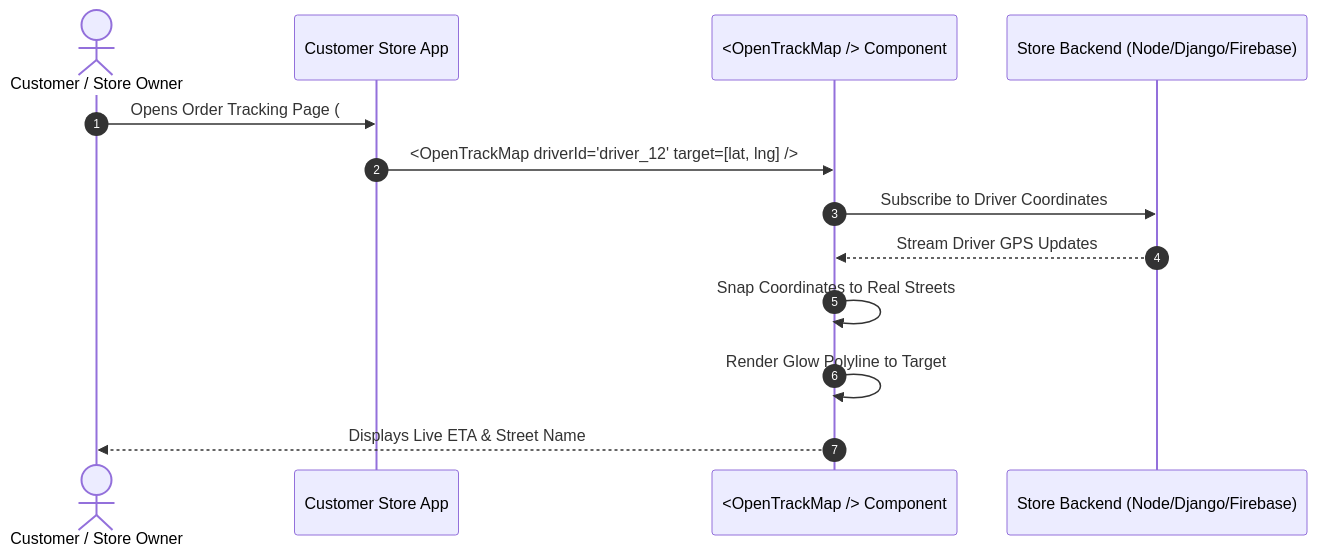
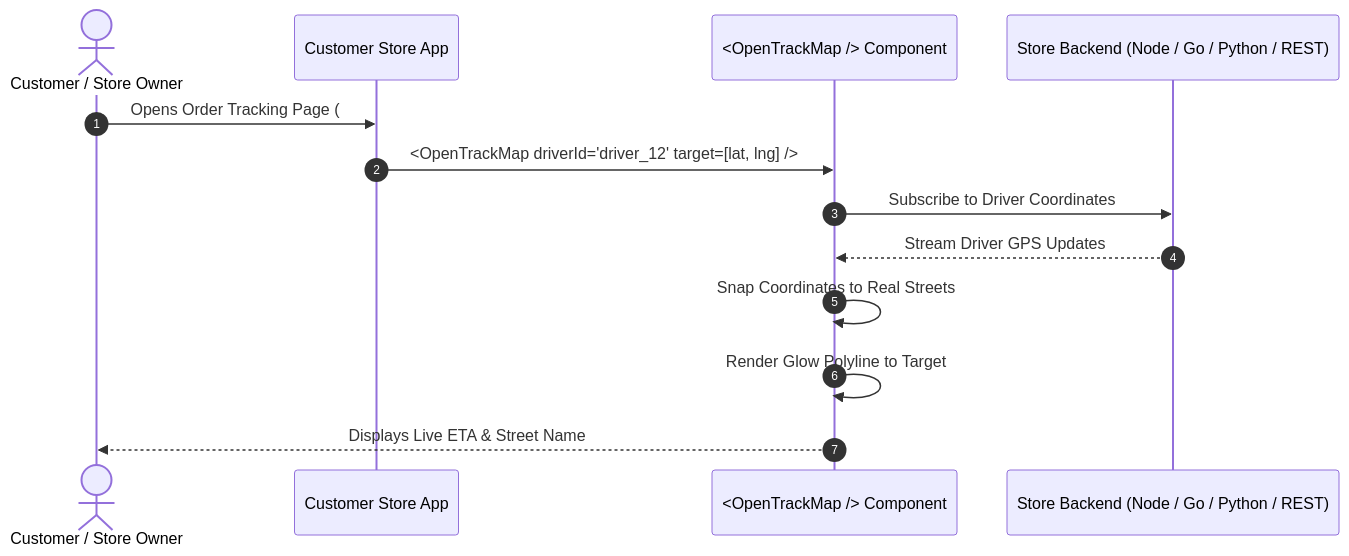
One commit to mohamed-khairy-5i/opentrack-os changed the third of 6 diagrams in ARCHITECTURE_ROADMAP.md. Above: the diagram before and after it, drawn with Mermaid. The commit also changed other lines of this file and 10 other files, not shown here.

````diff
--- a/ARCHITECTURE_ROADMAP.md
+++ b/ARCHITECTURE_ROADMAP.md
@@ -88,16 +88,16 @@
 ```mermaid
 sequenceDiagram
     autonumber
     actor User as Customer / Store Owner
     participant StoreApp as Customer Store App
     participant OpenTrack as <OpenTrackMap /> Component
-    participant Backend as Store Backend (Node/Django/Firebase)
+    participant Backend as Store Backend (Node / Go / Python / REST)
 
     User->>StoreApp: Opens Order Tracking Page (#1249)
     StoreApp->>OpenTrack: <OpenTrackMap driverId="driver_12" target=[lat, lng] />
     OpenTrack->>Backend: Subscribe to Driver Coordinates
     Backend-->>OpenTrack: Stream Driver GPS Updates
     OpenTrack->>OpenTrack: Snap Coordinates to Real Streets
     OpenTrack->>OpenTrack: Render Glow Polyline to Target
     OpenTrack-->>User: Displays Live ETA & Street Name
 ```
````
